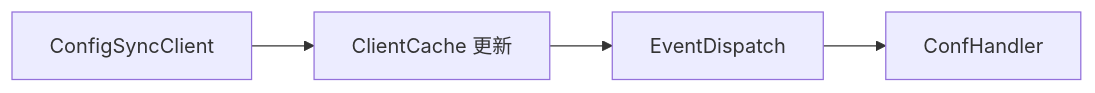
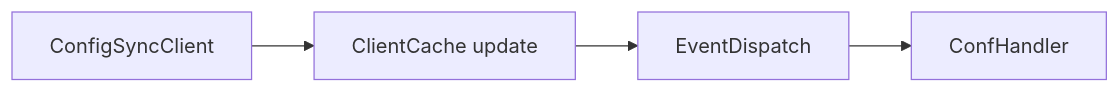
Before and after one commit to Pandaala/Edgion: the third of 4 diagrams in skills/01-architecture/05-resources/00-resource-flow.md, drawn with Mermaid. The commit also changed other lines of this file and 1373 other files, not shown here.

````diff
--- a/skills/01-architecture/05-resources/00-resource-flow.md
+++ b/skills/01-architecture/05-resources/00-resource-flow.md
@@ -62,6 +62,6 @@
 ```mermaid
 flowchart LR
-    A[ConfigSyncClient] --> B[ClientCache 更新]
+    A[ConfigSyncClient] --> B[ClientCache update]
     B --> C[EventDispatch]
     C --> D[ConfHandler]
 ```
````
